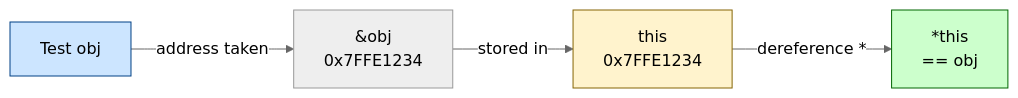
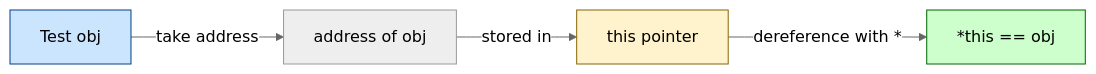
Diagram 17 of 22 in 02-Object-Oriented-Programming/40_masteringPointersAndDynamicMemory.md (sakshamsontakke/Mastering-CPP), drawn with Mermaid (neutral theme) before and after one commit. The commit also changed other lines of this file, not shown here.

````diff
--- a/02-Object-Oriented-Programming/40_masteringPointersAndDynamicMemory.md
+++ b/02-Object-Oriented-Programming/40_masteringPointersAndDynamicMemory.md
@@ -690,10 +683,10 @@
 ```mermaid
 flowchart LR
-    OBJ["Test obj"] -->|"address taken"| ADDR["&obj\n0x7FFE1234"]
-    ADDR -->|"stored in"| THIS["this\n0x7FFE1234"]
-    THIS -->|"dereference *"| DEREF["*this\n== obj"]
+    OBJ["Test obj"] -->|"take address"| ADDR["address of obj"]
+    ADDR -->|"stored in"| THIS["this pointer"]
+    THIS -->|"dereference with *"| DEREF["*this == obj"]
 
     style OBJ fill:#cce5ff,stroke:#004085,color:#000
     style THIS fill:#fff3cd,stroke:#856404,color:#000
     style DEREF fill:#ccffcc,stroke:#006600,color:#000
 ```
````
